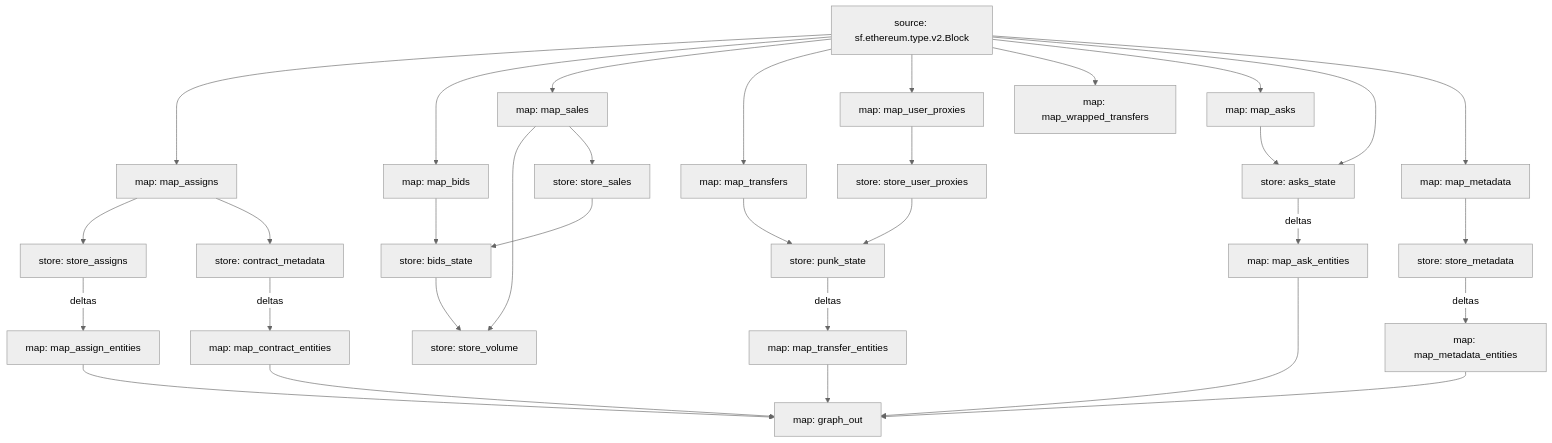
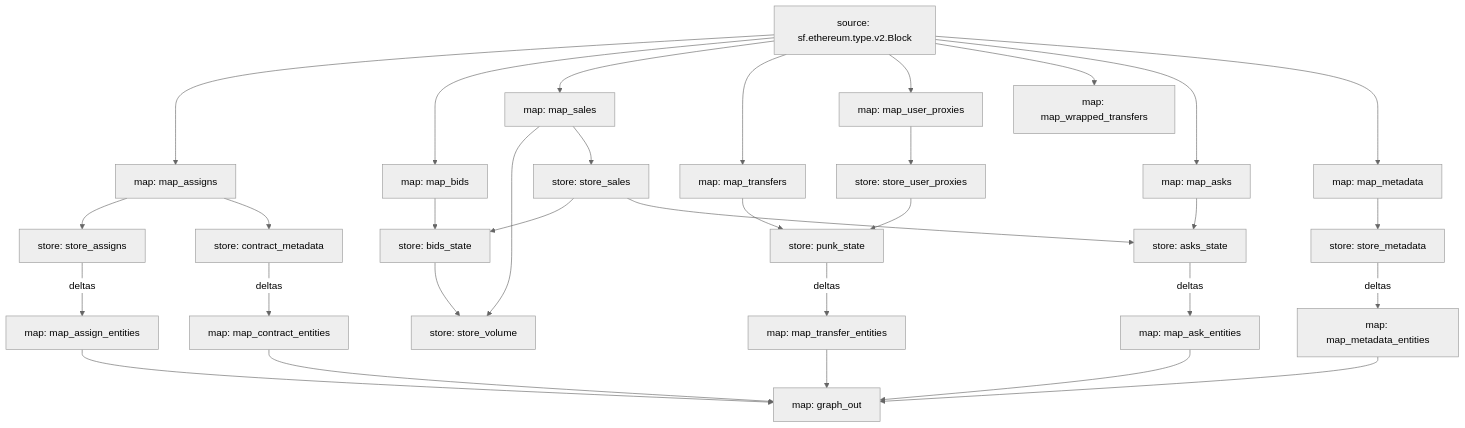
Before and after one commit to itsjerryokolo/cryptopunks_substreams: the diagram in README.md, drawn with Mermaid (neutral theme). The commit also changed 3 other files, not shown here.

````diff
--- a/README.md
+++ b/README.md
@@ -3,57 +3,57 @@
 ```mermaid
 graph TD;
   map_assigns[map: map_assigns]
   sf.ethereum.type.v2.Block[source: sf.ethereum.type.v2.Block] --> map_assigns
   store_assigns[store: store_assigns]
   map_assigns --> store_assigns
   map_bids[map: map_bids]
   sf.ethereum.type.v2.Block[source: sf.ethereum.type.v2.Block] --> map_bids
   bids_state[store: bids_state]
   map_bids --> bids_state
   store_sales --> bids_state
   store_volume[store: store_volume]
   map_sales --> store_volume
   bids_state --> store_volume
   store_sales[store: store_sales]
   map_sales --> store_sales
   map_sales[map: map_sales]
   sf.ethereum.type.v2.Block[source: sf.ethereum.type.v2.Block] --> map_sales
   map_transfers[map: map_transfers]
   sf.ethereum.type.v2.Block[source: sf.ethereum.type.v2.Block] --> map_transfers
   punk_state[store: punk_state]
   map_transfers --> punk_state
   store_user_proxies --> punk_state
   map_user_proxies[map: map_user_proxies]
   sf.ethereum.type.v2.Block[source: sf.ethereum.type.v2.Block] --> map_user_proxies
   map_wrapped_transfers[map: map_wrapped_transfers]
   sf.ethereum.type.v2.Block[source: sf.ethereum.type.v2.Block] --> map_wrapped_transfers
   store_user_proxies[store: store_user_proxies]
   map_user_proxies --> store_user_proxies
   map_asks[map: map_asks]
   sf.ethereum.type.v2.Block[source: sf.ethereum.type.v2.Block] --> map_asks
   asks_state[store: asks_state]
   map_asks --> asks_state
-  sf.ethereum.type.v2.Block[source: sf.ethereum.type.v2.Block] --> asks_state
+  store_sales --> asks_state
   contract_metadata[store: contract_metadata]
   map_assigns --> contract_metadata
   map_metadata[map: map_metadata]
   sf.ethereum.type.v2.Block[source: sf.ethereum.type.v2.Block] --> map_metadata
   store_metadata[store: store_metadata]
   map_metadata --> store_metadata
   map_metadata_entities[map: map_metadata_entities]
   store_metadata -- deltas --> map_metadata_entities
   map_contract_entities[map: map_contract_entities]
   contract_metadata -- deltas --> map_contract_entities
   map_transfer_entities[map: map_transfer_entities]
   punk_state -- deltas --> map_transfer_entities
   map_assign_entities[map: map_assign_entities]
   store_assigns -- deltas --> map_assign_entities
   map_ask_entities[map: map_ask_entities]
   asks_state -- deltas --> map_ask_entities
   graph_out[map: graph_out]
   map_metadata_entities --> graph_out
   map_contract_entities --> graph_out
   map_transfer_entities --> graph_out
   map_assign_entities --> graph_out
   map_ask_entities --> graph_out
 ```
````
